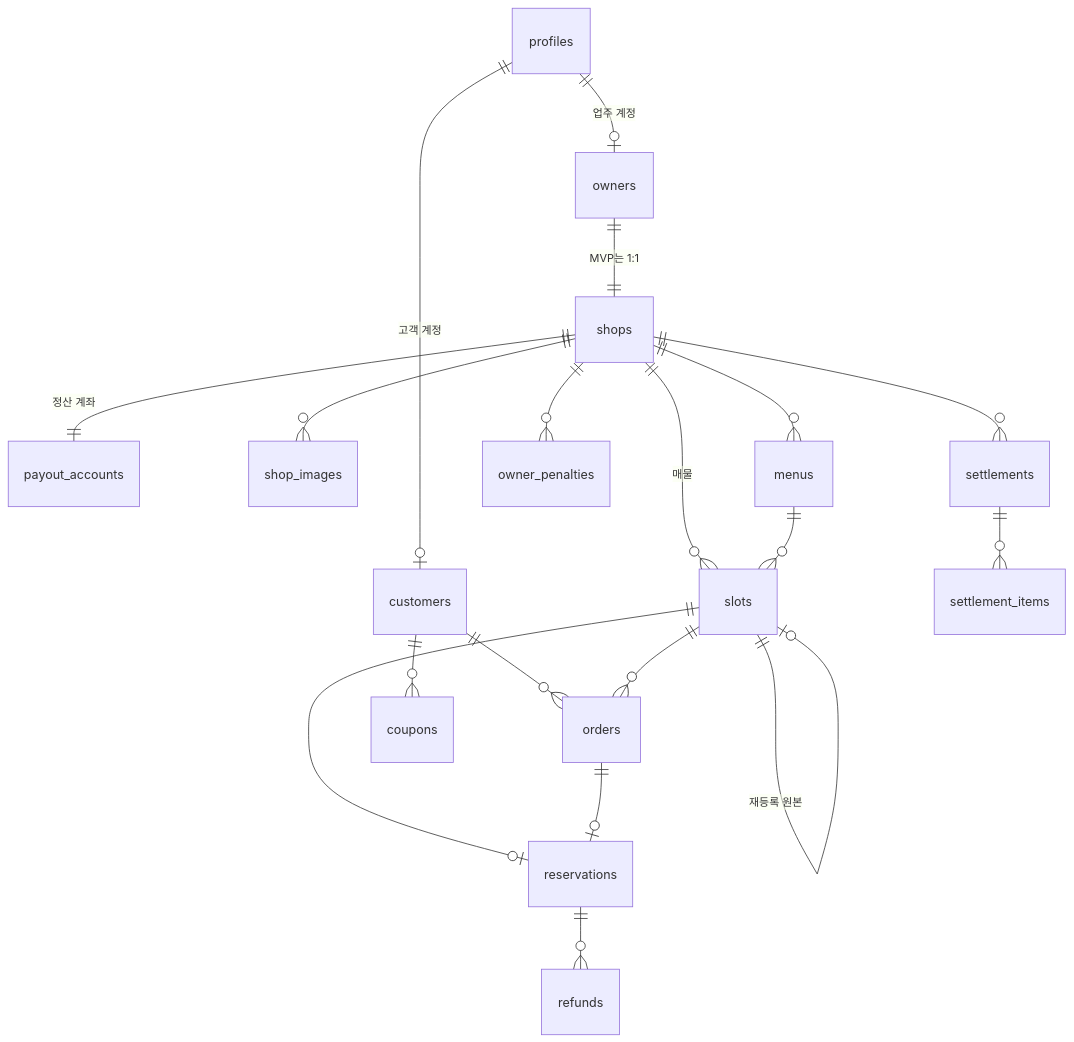
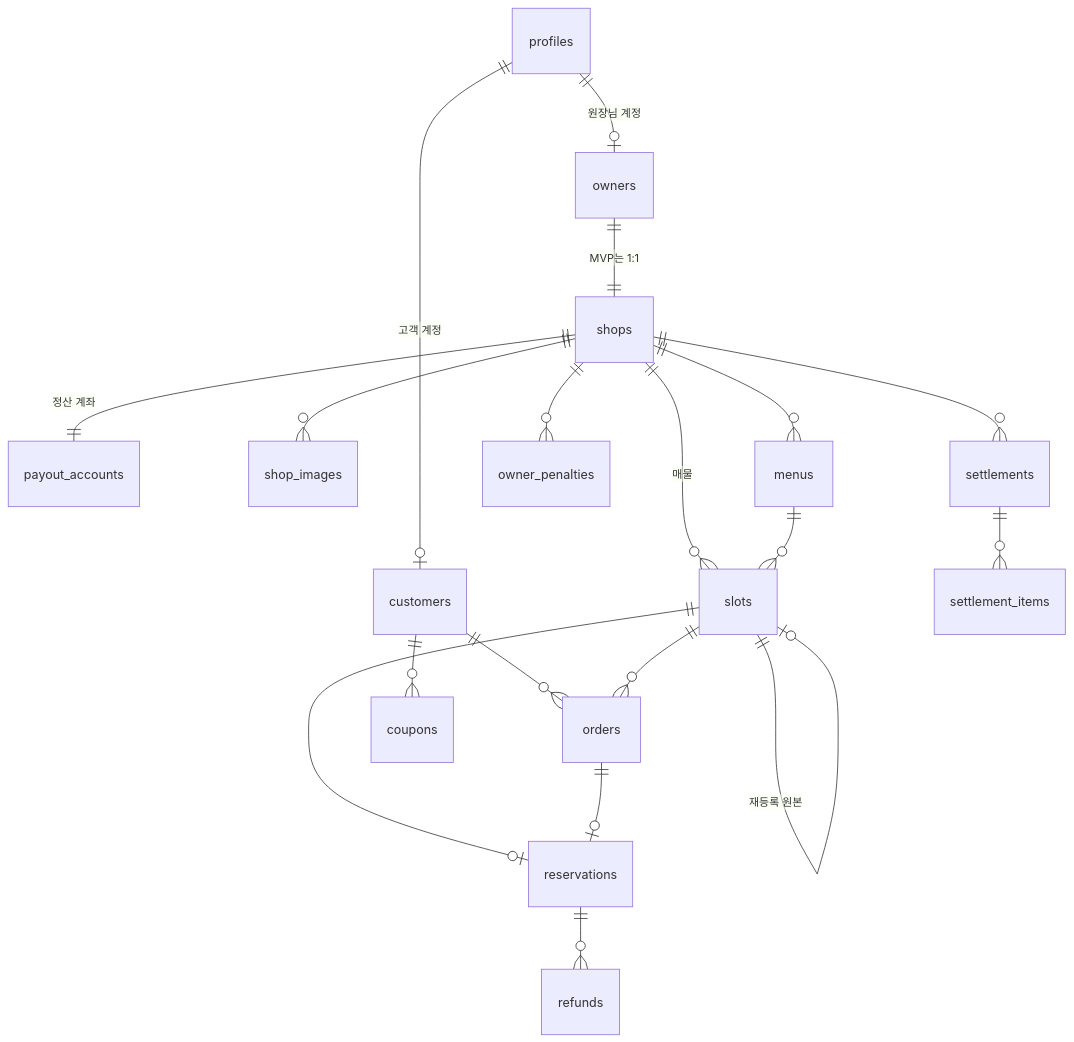
The diagram in docs/schema-v1.md (nnoinn/toori), drawn with Mermaid before and after one commit. The commit also changed other lines of this file and 17 other files, not shown here.

````diff
--- a/docs/schema-v1.md
+++ b/docs/schema-v1.md
@@ -24,21 +24,21 @@
 ```mermaid
 erDiagram
   profiles ||--o| customers : "고객 계정"
-  profiles ||--o| owners : "업주 계정"
+  profiles ||--o| owners : "원장님 계정"
   owners ||--|| shops : "MVP는 1:1"
   shops ||--|| payout_accounts : "정산 계좌"
   shops ||--o{ shop_images : ""
   shops ||--o{ menus : ""
   shops ||--o{ slots : "매물"
   menus ||--o{ slots : ""
   slots ||--o| slots : "재등록 원본"
   slots ||--o| reservations : ""
   customers ||--o{ orders : ""
   slots ||--o{ orders : ""
   orders ||--o| reservations : ""
   reservations ||--o{ refunds : ""
   customers ||--o{ coupons : ""
   shops ||--o{ owner_penalties : ""
   shops ||--o{ settlements : ""
   settlements ||--o{ settlement_items : ""
 ```
````
